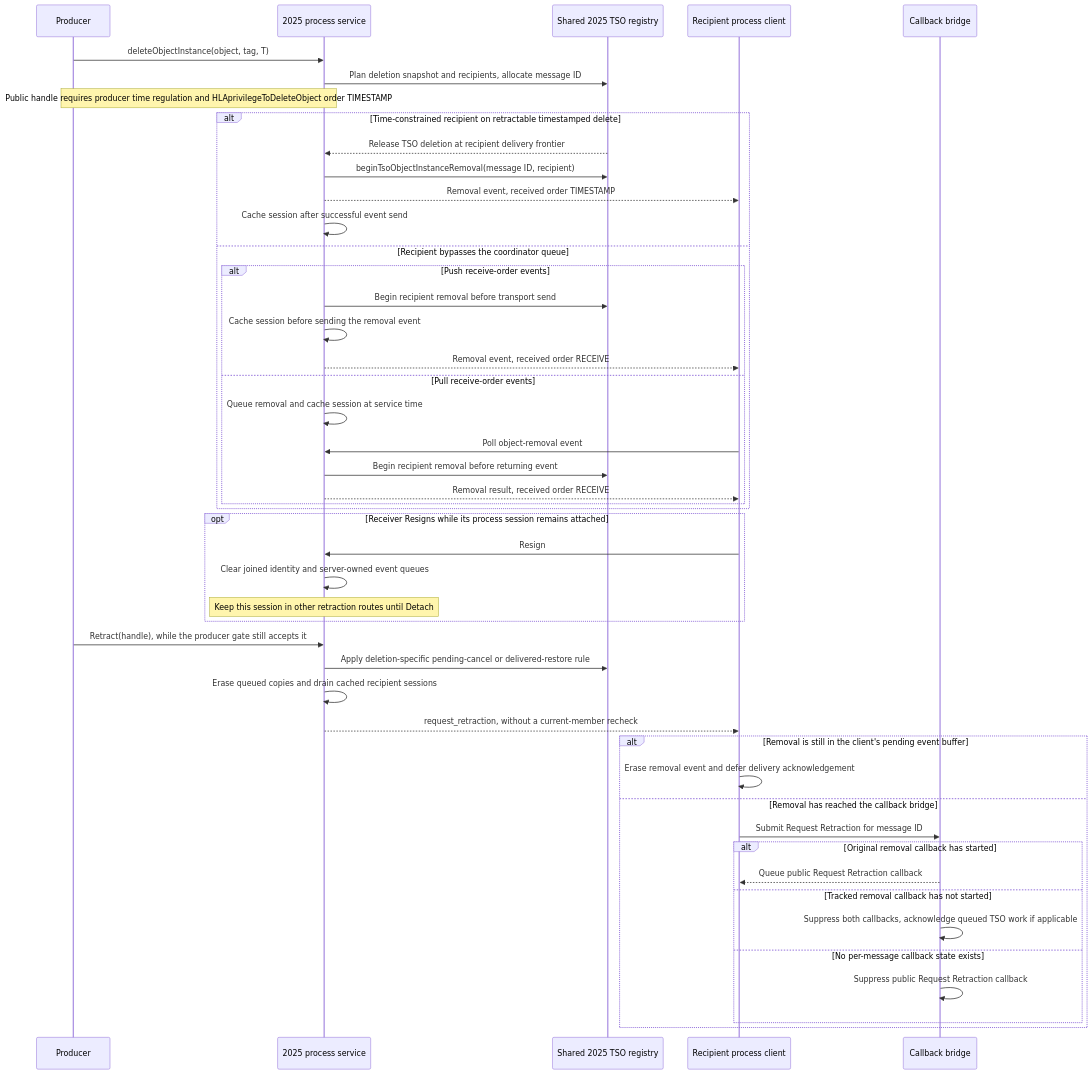
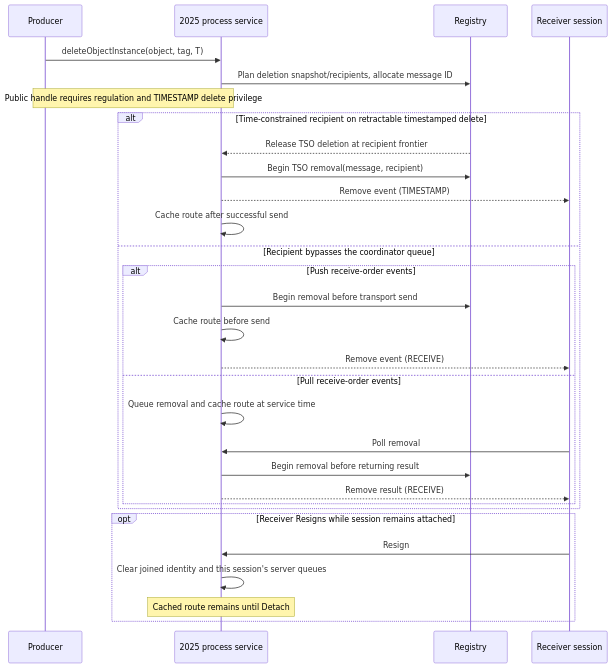
Diagram 15 of 16 in docs/design/HLA-2025-TSO-RETRACTION-FLOW-GUIDE.md (sheepfling/umbra), drawn with Mermaid before and after one commit. The commit also changed other lines of this file and 39 other files, not shown here.

Commit message:
Document IEEE 1516.1-2025 behavior flows

````diff
--- a/docs/design/HLA-2025-TSO-RETRACTION-FLOW-GUIDE.md
+++ b/docs/design/HLA-2025-TSO-RETRACTION-FLOW-GUIDE.md
@@ -806,54 +1153,35 @@
 ```mermaid
 sequenceDiagram
     participant P as Producer
     participant S as 2025 process service
-    participant R as Shared 2025 TSO registry
-    participant C as Recipient process client
-    participant B as Callback bridge
+    participant R as Registry
+    participant C as Receiver session
 
     P->>S: deleteObjectInstance(object, tag, T)
-            S->>R: Plan deletion snapshot and recipients, allocate message ID
-    Note over P,S: Public handle requires producer time regulation and HLAprivilegeToDeleteObject order TIMESTAMP
+    S->>R: Plan deletion snapshot/recipients, allocate message ID
+    Note over P,S: Public handle requires regulation and TIMESTAMP delete privilege
 
     alt Time-constrained recipient on retractable timestamped delete
-        R-->>S: Release TSO deletion at recipient delivery frontier
-        S->>R: beginTsoObjectInstanceRemoval(message ID, recipient)
-        S-->>C: Removal event, received order TIMESTAMP
-        S->>S: Cache session after successful event send
+        R-->>S: Release TSO deletion at recipient frontier
+        S->>R: Begin TSO removal(message, recipient)
+        S-->>C: Remove event (TIMESTAMP)
+        S->>S: Cache route after successful send
     else Recipient bypasses the coordinator queue
         alt Push receive-order events
-            S->>R: Begin recipient removal before transport send
-            S->>S: Cache session before sending the removal event
-            S-->>C: Removal event, received order RECEIVE
+            S->>R: Begin removal before transport send
+            S->>S: Cache route before send
+            S-->>C: Remove event (RECEIVE)
         else Pull receive-order events
-            S->>S: Queue removal and cache session at service time
-            C->>S: Poll object-removal event
-            S->>R: Begin recipient removal before returning event
-            S-->>C: Removal result, received order RECEIVE
+            S->>S: Queue removal and cache route at service time
+            C->>S: Poll removal
+            S->>R: Begin removal before returning result
+            S-->>C: Remove result (RECEIVE)
         end
     end
 
-    opt Receiver Resigns while its process session remains attached
+    opt Receiver Resigns while session remains attached
         C->>S: Resign
-        S->>S: Clear joined identity and server-owned event queues
-        Note over S: Keep this session in other retraction routes until Detach
-    end
-
-    P->>S: Retract(handle), while the producer gate still accepts it
-    S->>R: Apply deletion-specific pending-cancel or delivered-restore rule
-    S->>S: Erase queued copies and drain cached recipient sessions
-    S-->>C: request_retraction, without a current-member recheck
-
-    alt Removal is still in the client's pending event buffer
-        C->>C: Erase removal event and defer delivery acknowledgement
-    else Removal has reached the callback bridge
-        C->>B: Submit Request Retraction for message ID
-        alt Original removal callback has started
-            B-->>C: Queue public Request Retraction callback
-        else Tracked removal callback has not started
-            B->>B: Suppress both callbacks, acknowledge queued TSO work if applicable
-        else No per-message callback state exists
-            B->>B: Suppress public Request Retraction callback
-        end
+        S->>S: Clear joined identity and this session's server queues
+        Note over S: Cached route remains until Detach
     end
 ```
````
